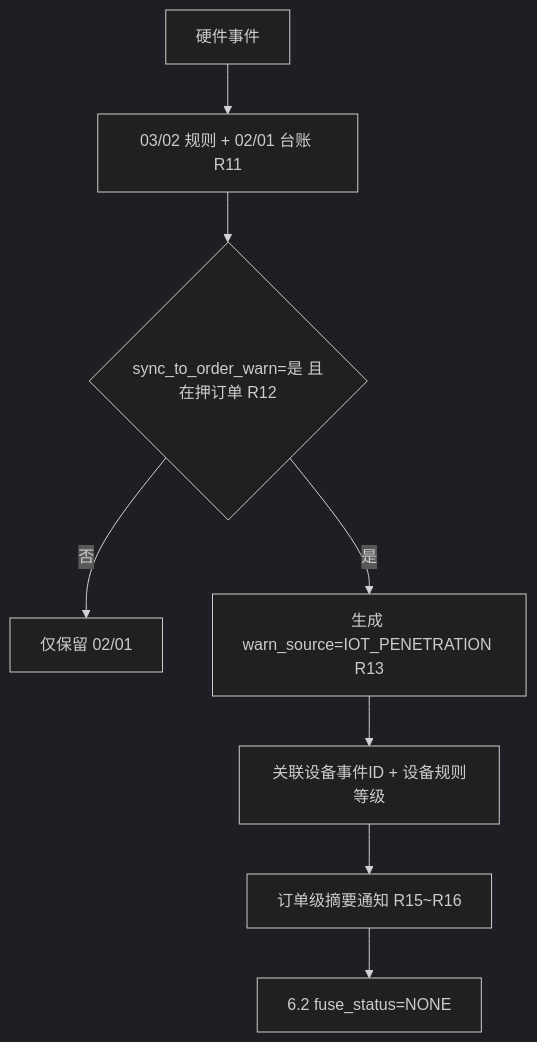
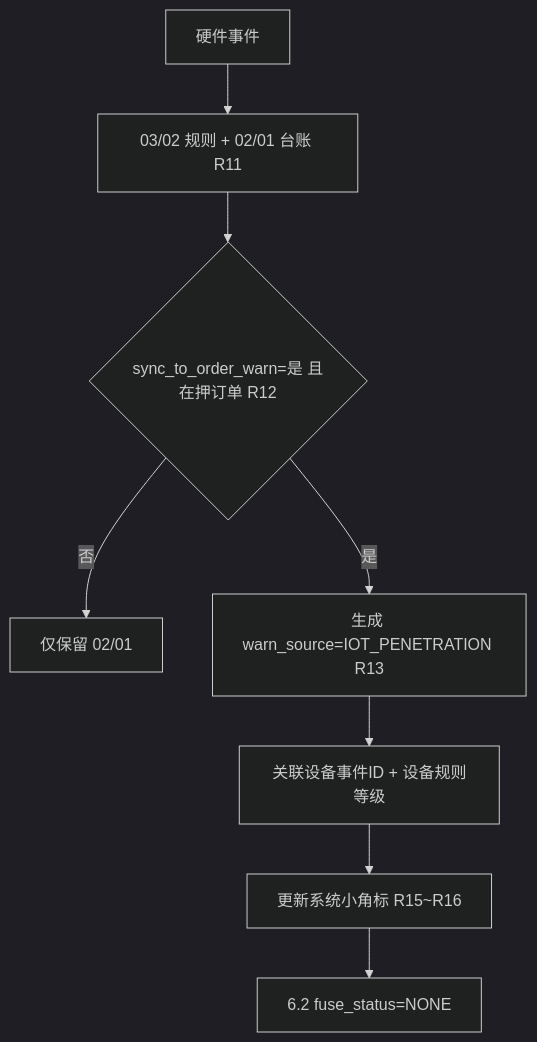
One commit to RobertHuang999/SYZC changed the fourth of 7 diagrams in 02-PRD文档/B-迭代需求/6.2版本（2026.08）/02-预警信息/02押品预警信息/押品预警信息业务规则规格.md. Above: the diagram before and after it, drawn with Mermaid (dark theme). The commit also changed other lines of this file and 129 other files, not shown here.

````diff
--- a/02-PRD文档/B-迭代需求/6.2版本（2026.08）/02-预警信息/02押品预警信息/押品预警信息业务规则规格.md
+++ b/02-PRD文档/B-迭代需求/6.2版本（2026.08）/02-预警信息/02押品预警信息/押品预警信息业务规则规格.md
@@ -365,10 +365,10 @@
 ```mermaid
 flowchart TD
     A[硬件事件] --> B[03/02 规则 + 02/01 台账 R11]
     B --> C{sync_to_order_warn=是 且在押订单 R12}
     C -- 否 --> C1[仅保留 02/01]
     C -- 是 --> D[生成 warn_source=IOT_PENETRATION R13]
     D --> E[关联设备事件ID + 设备规则等级]
-    E --> F[订单级摘要通知 R15~R16]
+    E --> F[更新系统小角标 R15~R16]
     F --> G[6.2 fuse_status=NONE]
 ```
````
